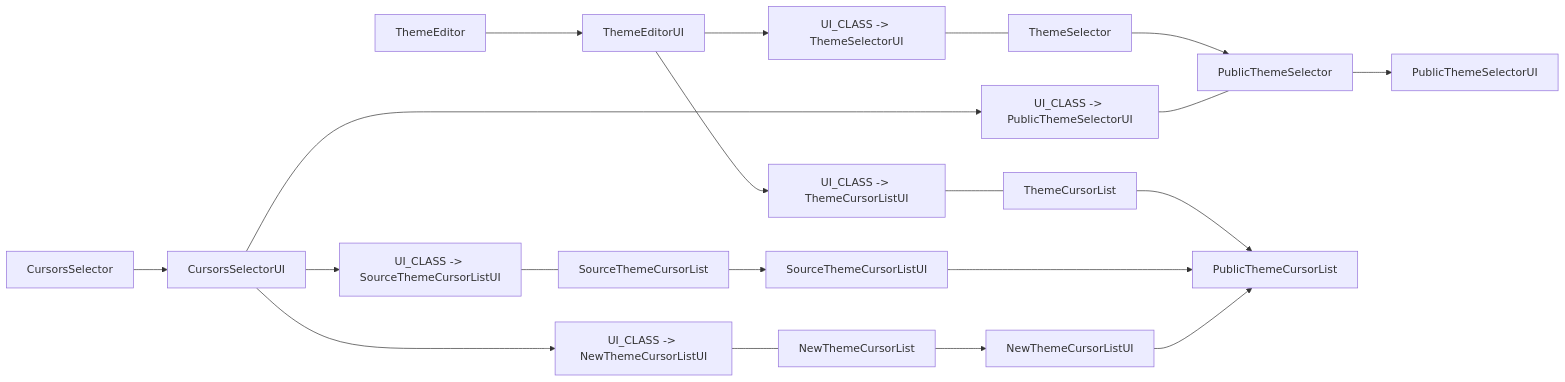
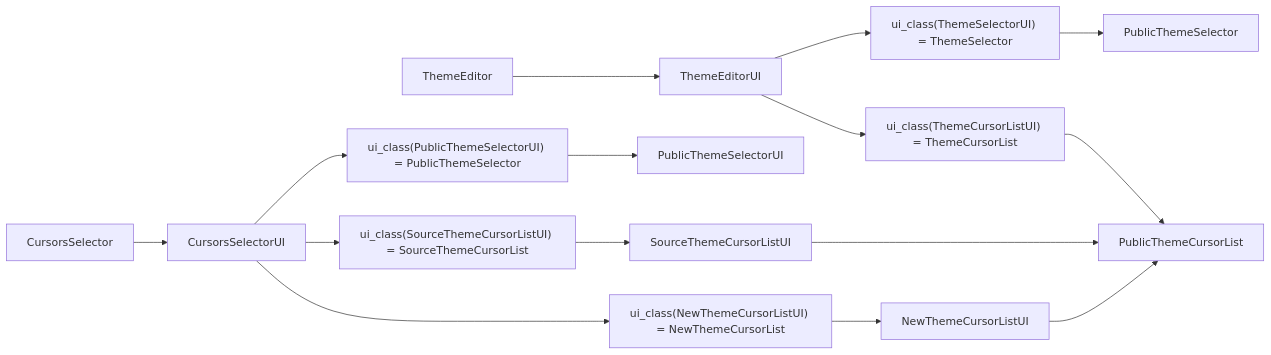
Before and after one commit to hite4044/MineCursor: the second of 2 diagrams in program.md, drawn with Mermaid. The commit also changed other lines of this file and 1 other file, not shown here.

````diff
--- a/program.md
+++ b/program.md
@@ -18,10 +110,10 @@
 ```mermaid
 graph LR
     ThemeEditor --> ThemeEditorUI
-    ThemeEditorUI --> ThemeSelectorUI[UI_CLASS -> ThemeSelectorUI] --- ThemeSelector --> PublicThemeSelector
-    ThemeEditorUI --> ThemeCursorListUI[UI_CLASS -> ThemeCursorListUI] --- ThemeCursorList --> PublicThemeCursorList
+    ThemeEditorUI --> ThemeSelectorUI["ui_class(ThemeSelectorUI) = ThemeSelector"] --> PublicThemeSelector
+    ThemeEditorUI --> ThemeCursorListUI["ui_class(ThemeCursorListUI) = ThemeCursorList"] --> PublicThemeCursorList
     CursorsSelector --> CursorsSelectorUI
-    CursorsSelectorUI --> ui_PublicThemeSelectorUI[UI_CLASS -> PublicThemeSelectorUI] --- PublicThemeSelector --> PublicThemeSelectorUI
-    CursorsSelectorUI --> ui_SourceThemeCursorListUI[UI_CLASS -> SourceThemeCursorListUI] --- SourceThemeCursorList --> SourceThemeCursorListUI ---> PublicThemeCursorList
-    CursorsSelectorUI --> ui_NewThemeCursorListUI[UI_CLASS -> NewThemeCursorListUI] --- NewThemeCursorList --> NewThemeCursorListUI --> PublicThemeCursorList
+    CursorsSelectorUI --> ui_PublicThemeSelectorUI["ui_class(PublicThemeSelectorUI) = PublicThemeSelector"] --> PublicThemeSelectorUI
+    CursorsSelectorUI --> ui_SourceThemeCursorListUI["ui_class(SourceThemeCursorListUI) = SourceThemeCursorList"] --> SourceThemeCursorListUI ---> PublicThemeCursorList
+    CursorsSelectorUI --> ui_NewThemeCursorListUI["ui_class(NewThemeCursorListUI) = NewThemeCursorList"] --> NewThemeCursorListUI --> PublicThemeCursorList
 ```
````
